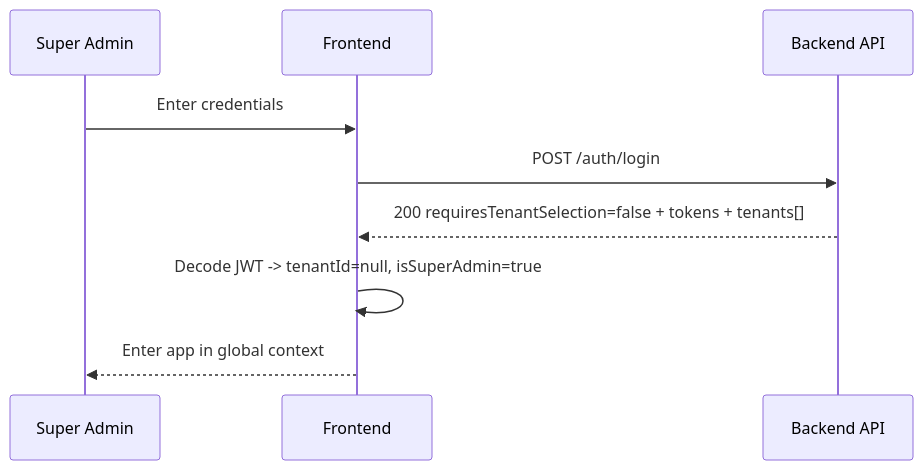
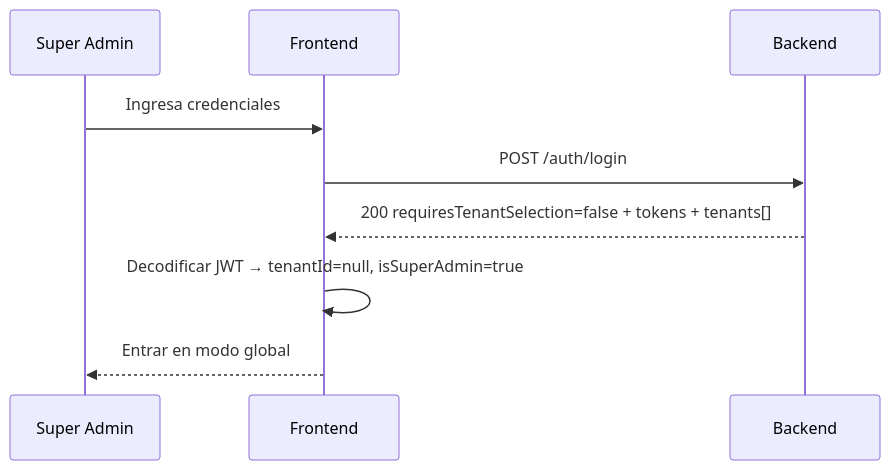
One commit to ALDRICHCODE45/houndfe-backend changed the third of 4 diagrams in docs/multi-tenant-api.md. Above: the diagram before and after it, drawn with Mermaid. The commit also changed other lines of this file, not shown here.

First line of the commit message:
docs: rewrite multi-tenant frontend guide with full implementation detail

````diff
--- a/docs/multi-tenant-api.md
+++ b/docs/multi-tenant-api.md
@@ -301,12 +905,12 @@
 ```mermaid
 sequenceDiagram
   participant U as Super Admin
   participant FE as Frontend
-  participant API as Backend API
+  participant API as Backend
 
-  U->>FE: Enter credentials
+  U->>FE: Ingresa credenciales
   FE->>API: POST /auth/login
   API-->>FE: 200 requiresTenantSelection=false + tokens + tenants[]
-  FE->>FE: Decode JWT -> tenantId=null, isSuperAdmin=true
-  FE-->>U: Enter app in global context
+  FE->>FE: Decodificar JWT → tenantId=null, isSuperAdmin=true
+  FE-->>U: Entrar en modo global
 ```
````
